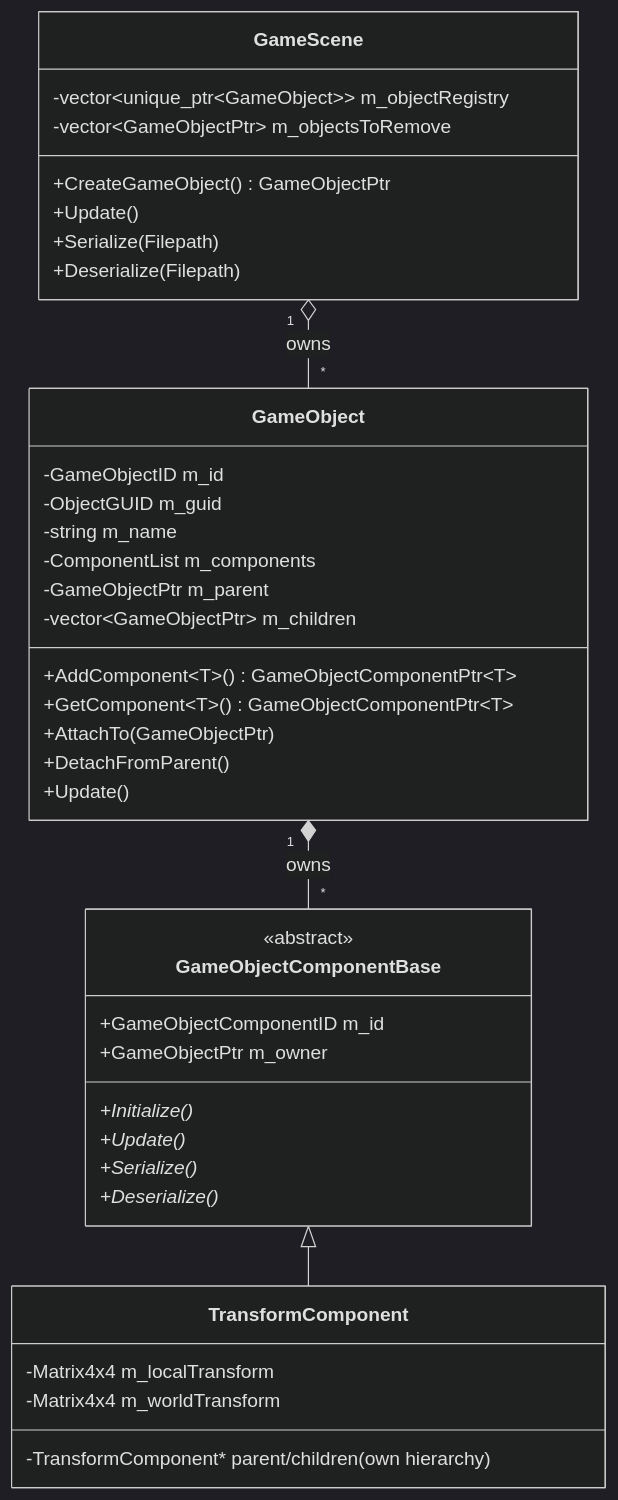
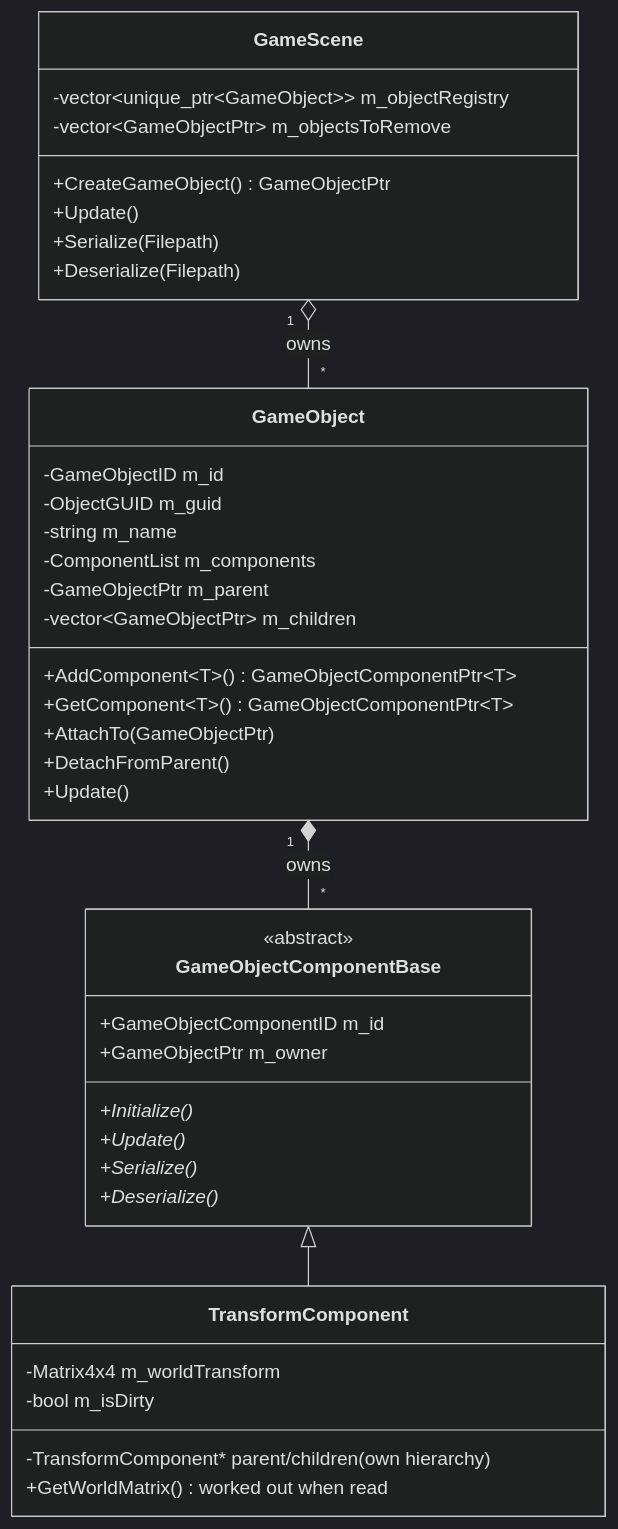
Before and after one commit to b1nary0/RZE: the first of 2 diagrams in Docs/Generated/Engine/03-SceneAndGameObjects/Scene-And-GameObject-Model.md, drawn with Mermaid (dark theme). The commit also changed other lines of this file and 22 other files, not shown here.

````diff
--- a/Docs/Generated/Engine/03-SceneAndGameObjects/Scene-And-GameObject-Model.md
+++ b/Docs/Generated/Engine/03-SceneAndGameObjects/Scene-And-GameObject-Model.md
@@ -55,42 +59,43 @@
 ```mermaid
 classDiagram
     class GameScene {
         -vector~unique_ptr~GameObject~~ m_objectRegistry
         -vector~GameObjectPtr~ m_objectsToRemove
         +CreateGameObject() GameObjectPtr
         +Update()
         +Serialize(Filepath)
         +Deserialize(Filepath)
     }
     class GameObject {
         -GameObjectID m_id
         -ObjectGUID m_guid
         -string m_name
         -ComponentList m_components
         -GameObjectPtr m_parent
         -vector~GameObjectPtr~ m_children
         +AddComponent~T~() GameObjectComponentPtr~T~
         +GetComponent~T~() GameObjectComponentPtr~T~
         +AttachTo(GameObjectPtr)
         +DetachFromParent()
         +Update()
     }
     class GameObjectComponentBase {
         <<abstract>>
         +GameObjectComponentID m_id
         +GameObjectPtr m_owner
         +Initialize()*
         +Update()*
         +Serialize()*
         +Deserialize()*
     }
     class TransformComponent {
-        -Matrix4x4 m_localTransform
         -Matrix4x4 m_worldTransform
+        -bool m_isDirty
         -TransformComponent* parent/children (own hierarchy)
+        +GetWorldMatrix() worked out when read
     }
 
     GameScene "1" o-- "*" GameObject : owns
     GameObject "1" *-- "*" GameObjectComponentBase : owns
     GameObjectComponentBase <|-- TransformComponent
 ```
````
